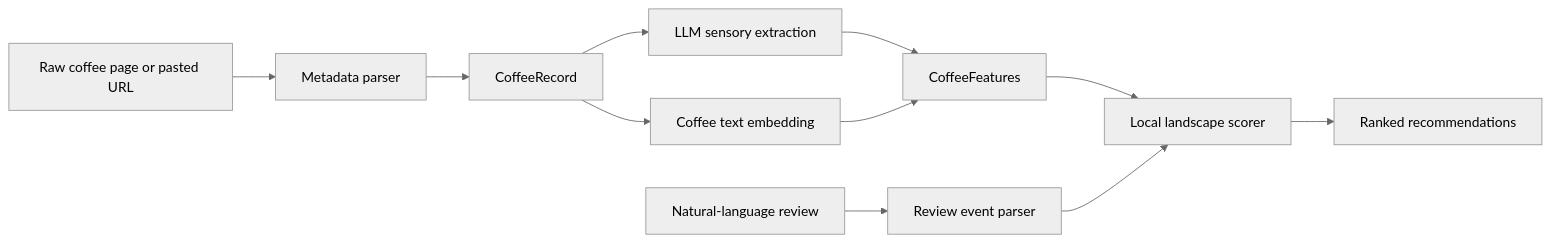
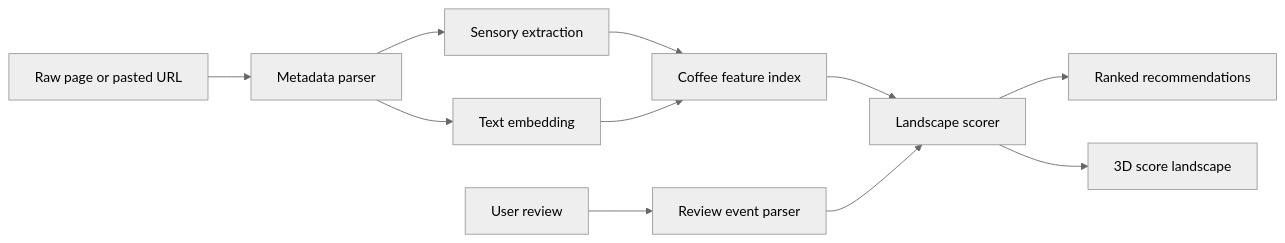
The diagram in README.md (hussainios/coffee-recommender), drawn with Mermaid (neutral theme) before and after one commit. The commit also changed other lines of this file and 4 other files, not shown here.

Commit message:
Add stacked review dashboard and score landscape

````diff
--- a/README.md
+++ b/README.md
@@ -17,13 +18,13 @@
 ```mermaid
 flowchart LR
-    A["Raw coffee page or pasted URL"] --> B["Metadata parser"]
-    B --> C["CoffeeRecord"]
-    C --> D["LLM sensory extraction"]
-    C --> E["Coffee text embedding"]
-    D --> F["CoffeeFeatures"]
-    E --> F
-    G["Natural-language review"] --> H["Review event parser"]
-    F --> I["Local landscape scorer"]
-    H --> I
-    I --> J["Ranked recommendations"]
+    A["Raw page or pasted URL"] --> B["Metadata parser"]
+    B --> C["Sensory extraction"]
+    B --> D["Text embedding"]
+    C --> E["Coffee feature index"]
+    D --> E
+    F["User review"] --> G["Review event parser"]
+    E --> H["Landscape scorer"]
+    G --> H
+    H --> I["Ranked recommendations"]
+    H --> J["3D score landscape"]
 ```
````
